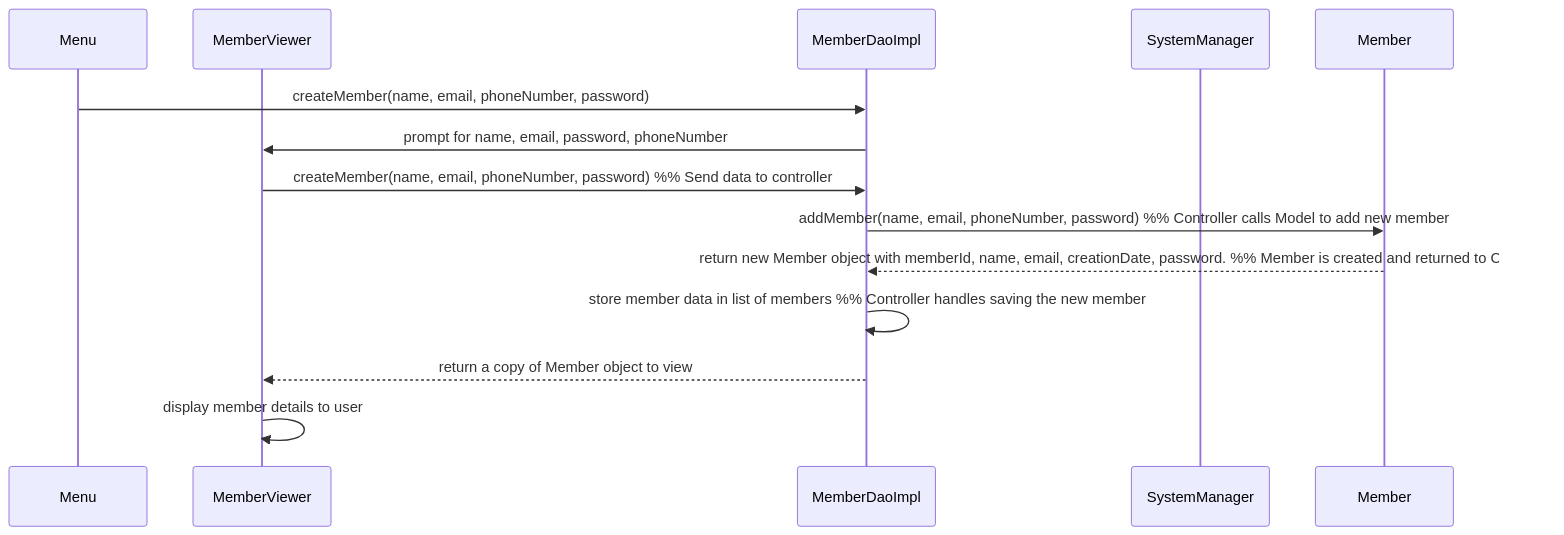
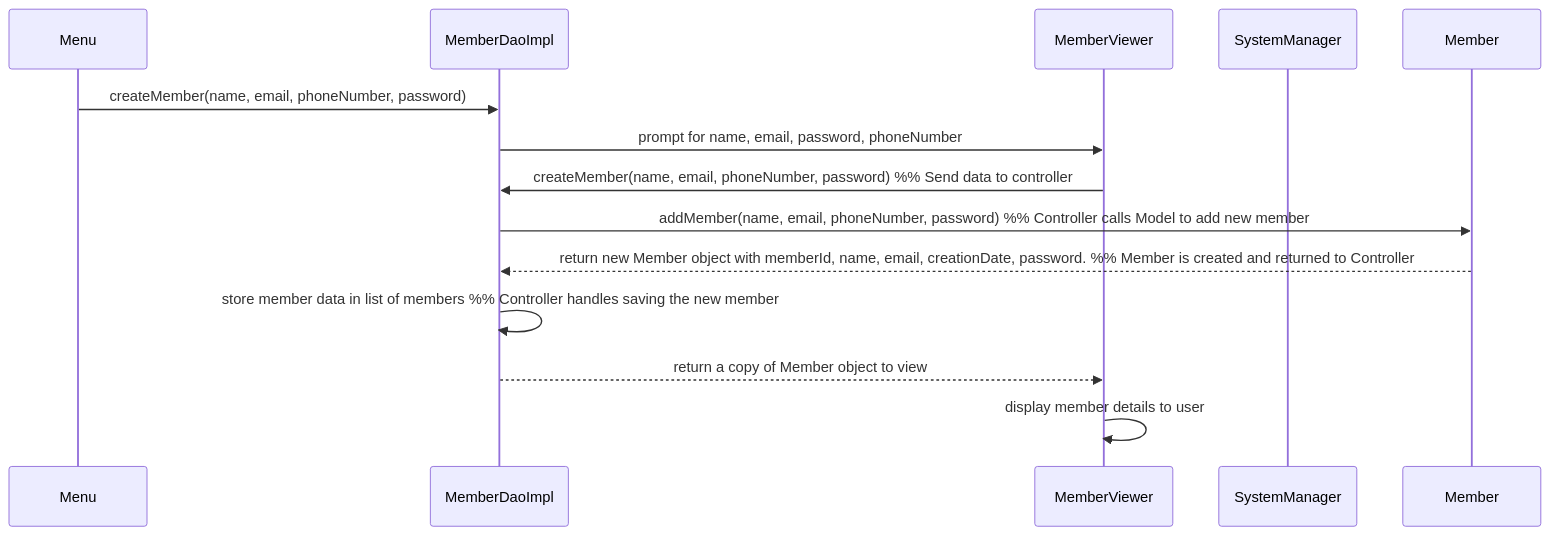
The fifth of 5 diagrams in design.md (ashkar99/Stuff-Lending-System), drawn with Mermaid before and after one commit. The commit also changed other lines of this file, not shown here.

`````diff
--- a/design.md
+++ b/design.md
@@ -413,21 +413,21 @@
 ```mermaid
 sequenceDiagram
     participant Menu as Menu
+    participant MC as MemberDaoImpl
     participant MV as MemberViewer
-    participant MC as MemberDaoImpl
     participant SM as SystemManager
     participant M as Member
 
     %% Scenario: Add a new third member with user input and database interaction
     Menu->>MC: createMember(name, email, phoneNumber, password)
     MC->>MV: prompt for name, email, password, phoneNumber
     MV->>MC: createMember(name, email, phoneNumber, password)  %% Send data to controller
 
     MC->>M: addMember(name, email, phoneNumber, password)   %% Controller calls Model to add new member
     M-->>MC: return new Member object with memberId, name, email, creationDate, password.  %% Member is created and returned to Controller
 
     MC->>MC: store member data in list of members  %% Controller handles saving the new member
     
     MC-->>MV: return a copy of Member object to view
     MV->>MV: display member details to user
 ````
`````
